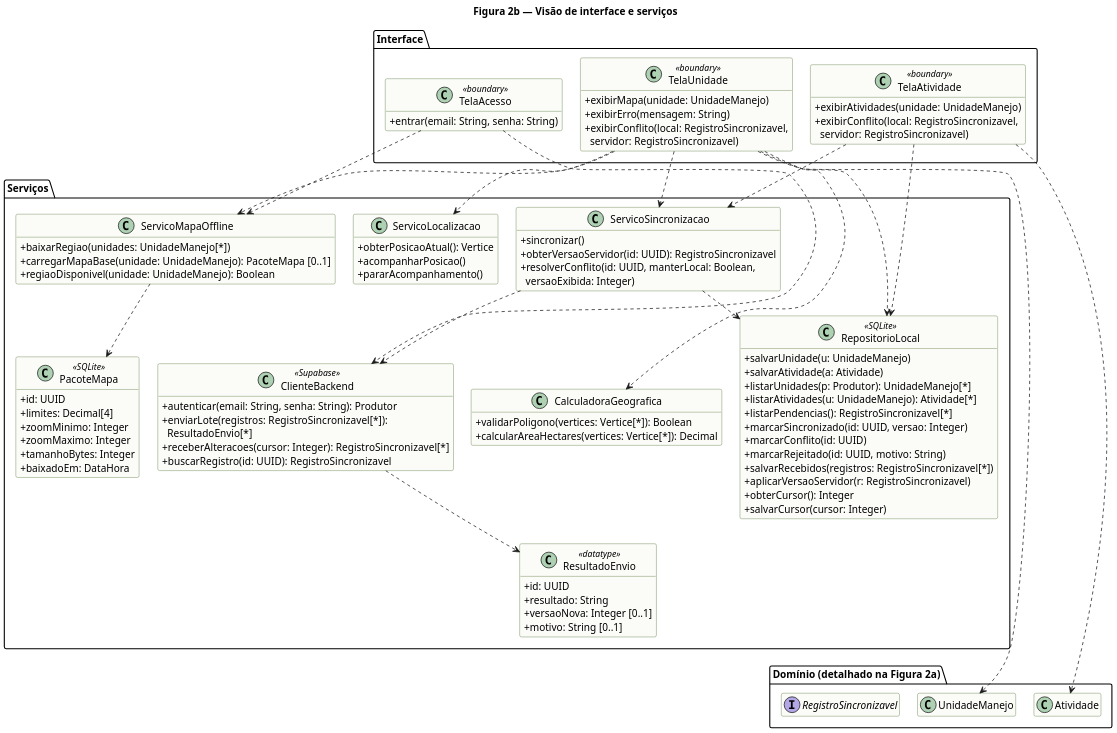
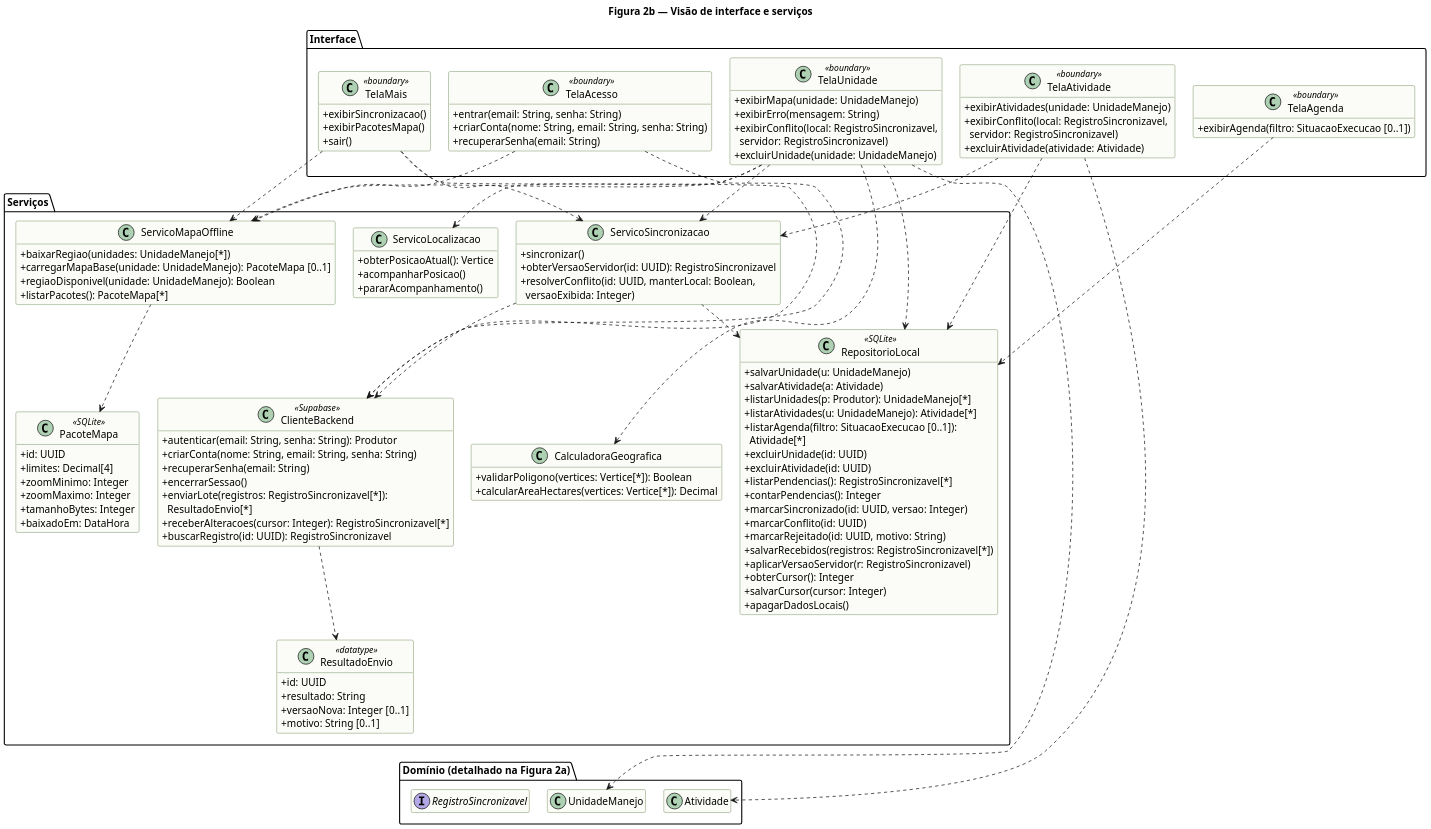
The diagram in entrega-basica/diagramas/classes-servicos.puml (rpomar/AgroManejo), drawn with PlantUML before and after one commit. The commit also changed 30 other files, not shown here.

```diff
--- a/entrega-basica/diagramas/classes-servicos.puml
+++ b/entrega-basica/diagramas/classes-servicos.puml
@@ -1,114 +1,139 @@
 @startuml classes-servicos
 skinparam dpi 150
 skinparam defaultFontName Arial
 skinparam shadowing false
 skinparam classAttributeIconSize 0
 skinparam class {
   BackgroundColor #FBFCF8
   BorderColor #4A6B2A
 }
 hide empty members
 skinparam nodesep 25
 skinparam ranksep 35
 skinparam packagePadding 4
 title Figura 2b — Visão de interface e serviços
 
 package "Interface" {
   class TelaAcesso <<boundary>> {
     +entrar(email: String, senha: String)
+    +criarConta(nome: String, email: String, senha: String)
+    +recuperarSenha(email: String)
   }
   class TelaUnidade <<boundary>> {
     +exibirMapa(unidade: UnidadeManejo)
     +exibirErro(mensagem: String)
     +exibirConflito(local: RegistroSincronizavel,\n  servidor: RegistroSincronizavel)
+    +excluirUnidade(unidade: UnidadeManejo)
   }
   class TelaAtividade <<boundary>> {
     +exibirAtividades(unidade: UnidadeManejo)
     +exibirConflito(local: RegistroSincronizavel,\n  servidor: RegistroSincronizavel)
+    +excluirAtividade(atividade: Atividade)
+  }
+  class TelaAgenda <<boundary>> {
+    +exibirAgenda(filtro: SituacaoExecucao [0..1])
+  }
+  class TelaMais <<boundary>> {
+    +exibirSincronizacao()
+    +exibirPacotesMapa()
+    +sair()
   }
 }
 
 package "Serviços" {
   class ServicoLocalizacao {
     +obterPosicaoAtual(): Vertice
     +acompanharPosicao()
     +pararAcompanhamento()
   }
   class ServicoMapaOffline {
     +baixarRegiao(unidades: UnidadeManejo[*])
     +carregarMapaBase(unidade: UnidadeManejo): PacoteMapa [0..1]
     +regiaoDisponivel(unidade: UnidadeManejo): Boolean
+    +listarPacotes(): PacoteMapa[*]
   }
   class CalculadoraGeografica {
     +validarPoligono(vertices: Vertice[*]): Boolean
     +calcularAreaHectares(vertices: Vertice[*]): Decimal
   }
   class ServicoSincronizacao {
     +sincronizar()
     +obterVersaoServidor(id: UUID): RegistroSincronizavel
     +resolverConflito(id: UUID, manterLocal: Boolean,\n  versaoExibida: Integer)
   }
   class RepositorioLocal <<SQLite>> {
     +salvarUnidade(u: UnidadeManejo)
     +salvarAtividade(a: Atividade)
     +listarUnidades(p: Produtor): UnidadeManejo[*]
     +listarAtividades(u: UnidadeManejo): Atividade[*]
+    +listarAgenda(filtro: SituacaoExecucao [0..1]):\n  Atividade[*]
+    +excluirUnidade(id: UUID)
+    +excluirAtividade(id: UUID)
     +listarPendencias(): RegistroSincronizavel[*]
+    +contarPendencias(): Integer
     +marcarSincronizado(id: UUID, versao: Integer)
     +marcarConflito(id: UUID)
     +marcarRejeitado(id: UUID, motivo: String)
     +salvarRecebidos(registros: RegistroSincronizavel[*])
     +aplicarVersaoServidor(r: RegistroSincronizavel)
     +obterCursor(): Integer
     +salvarCursor(cursor: Integer)
+    +apagarDadosLocais()
   }
   class ClienteBackend <<Supabase>> {
     +autenticar(email: String, senha: String): Produtor
+    +criarConta(nome: String, email: String, senha: String)
+    +recuperarSenha(email: String)
+    +encerrarSessao()
     +enviarLote(registros: RegistroSincronizavel[*]):\n  ResultadoEnvio[*]
     +receberAlteracoes(cursor: Integer): RegistroSincronizavel[*]
     +buscarRegistro(id: UUID): RegistroSincronizavel
   }
   class ResultadoEnvio <<datatype>> {
     +id: UUID
     +resultado: String
     +versaoNova: Integer [0..1]
     +motivo: String [0..1]
   }
   class PacoteMapa <<SQLite>> {
     +id: UUID
     +limites: Decimal[4]
     +zoomMinimo: Integer
     +zoomMaximo: Integer
     +tamanhoBytes: Integer
     +baixadoEm: DataHora
   }
 }
 
 package "Domínio (detalhado na Figura 2a)" {
   interface RegistroSincronizavel
   class UnidadeManejo
   class Atividade
 }
 
 TelaAcesso ..> ClienteBackend
 TelaAcesso ..> ServicoMapaOffline
 TelaUnidade ..> ServicoLocalizacao
 TelaUnidade ..> CalculadoraGeografica
 TelaUnidade ..> ServicoMapaOffline
 TelaUnidade ..> RepositorioLocal
 TelaUnidade ..> ServicoSincronizacao
 TelaUnidade ..> UnidadeManejo
 TelaAtividade ..> RepositorioLocal
 TelaAtividade ..> ServicoSincronizacao
 TelaAtividade ..> Atividade
+TelaAgenda ..> RepositorioLocal
+TelaMais ..> ServicoSincronizacao
+TelaMais ..> ServicoMapaOffline
+TelaMais ..> ClienteBackend
 ServicoSincronizacao ..> RepositorioLocal
 ServicoSincronizacao ..> ClienteBackend
 ClienteBackend ..> ResultadoEnvio
 ServicoMapaOffline ..> PacoteMapa
 
 ServicoLocalizacao -[hidden]down- CalculadoraGeografica
 ServicoMapaOffline -[hidden]down- PacoteMapa
 CalculadoraGeografica -[hidden]down- UnidadeManejo
 PacoteMapa -[hidden]down- Atividade
 ResultadoEnvio -[hidden]down- RegistroSincronizavel
 @enduml
```
